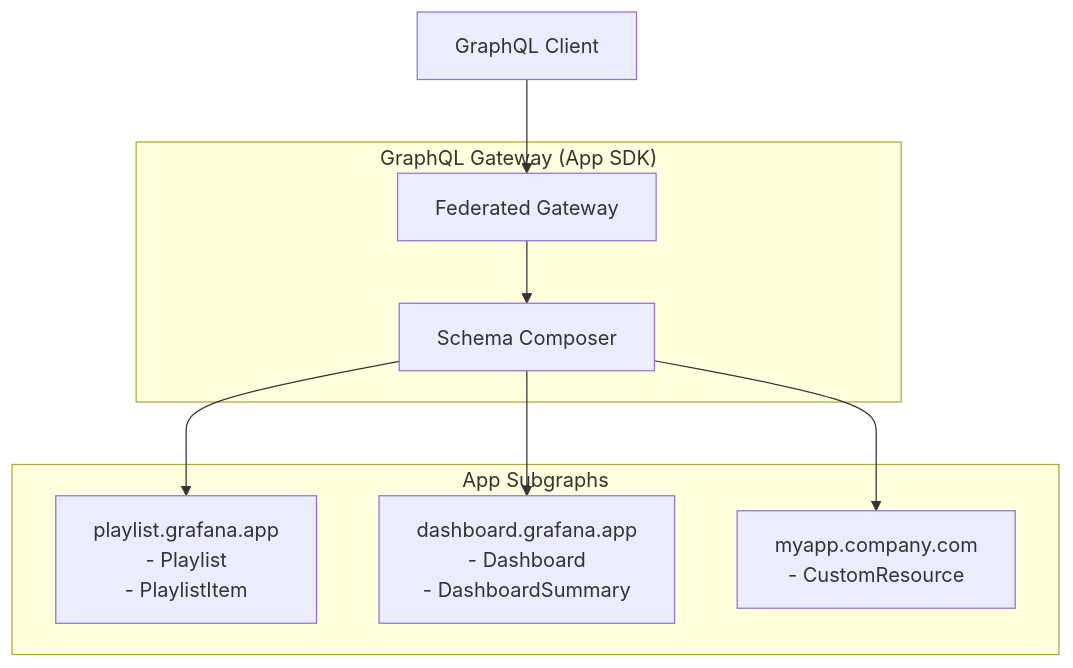
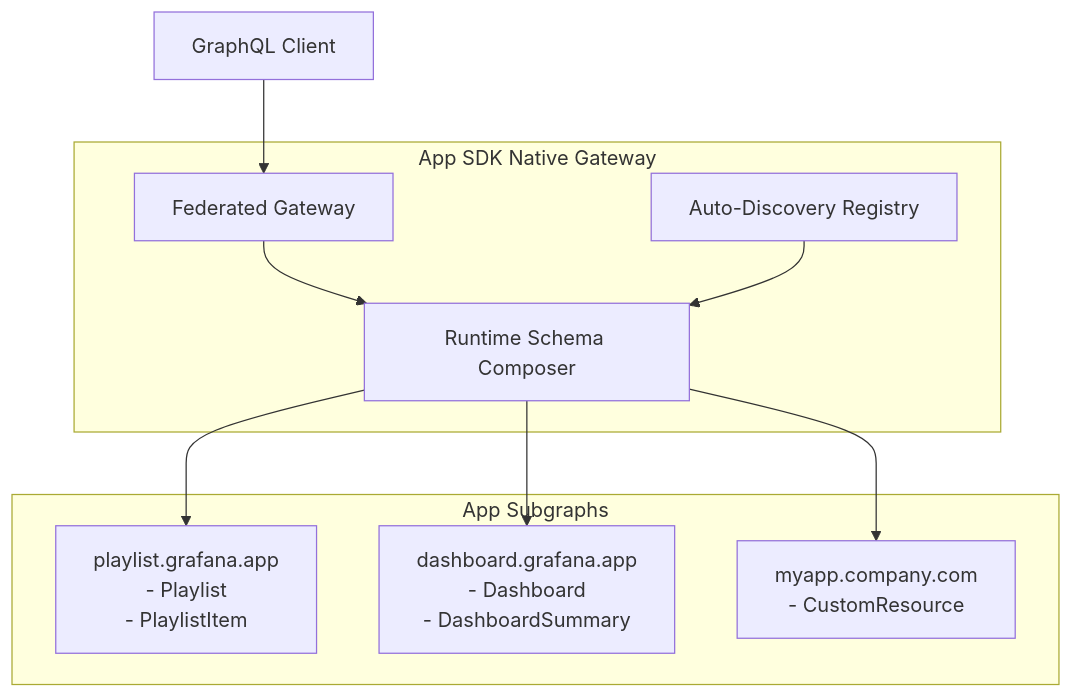
Before and after one commit to grafana/grafana-app-sdk: the second of 2 diagrams in docs/graphql-federation-design.md, drawn with Mermaid. The commit also changed other lines of this file and 2 other files, not shown here.

````diff
--- a/docs/graphql-federation-design.md
+++ b/docs/graphql-federation-design.md
@@ -63,19 +63,21 @@
 ```mermaid
 graph TB
-    subgraph "GraphQL Gateway (App SDK)"
+    subgraph "App SDK Native Gateway"
         GATEWAY["Federated Gateway"]
-        COMPOSER["Schema Composer"]
+        COMPOSER["Runtime Schema Composer"]
+        DISCOVERY["Auto-Discovery Registry"]
     end
 
     subgraph "App Subgraphs"
         PLAYLIST["playlist.grafana.app<br/>- Playlist<br/>- PlaylistItem"]
         DASHBOARD["dashboard.grafana.app<br/>- Dashboard<br/>- DashboardSummary"]
         CUSTOM["myapp.company.com<br/>- CustomResource"]
     end
 
     CLIENT["GraphQL Client"] --> GATEWAY
     GATEWAY --> COMPOSER
+    DISCOVERY --> COMPOSER
     COMPOSER --> PLAYLIST
     COMPOSER --> DASHBOARD
     COMPOSER --> CUSTOM
 ```
````
